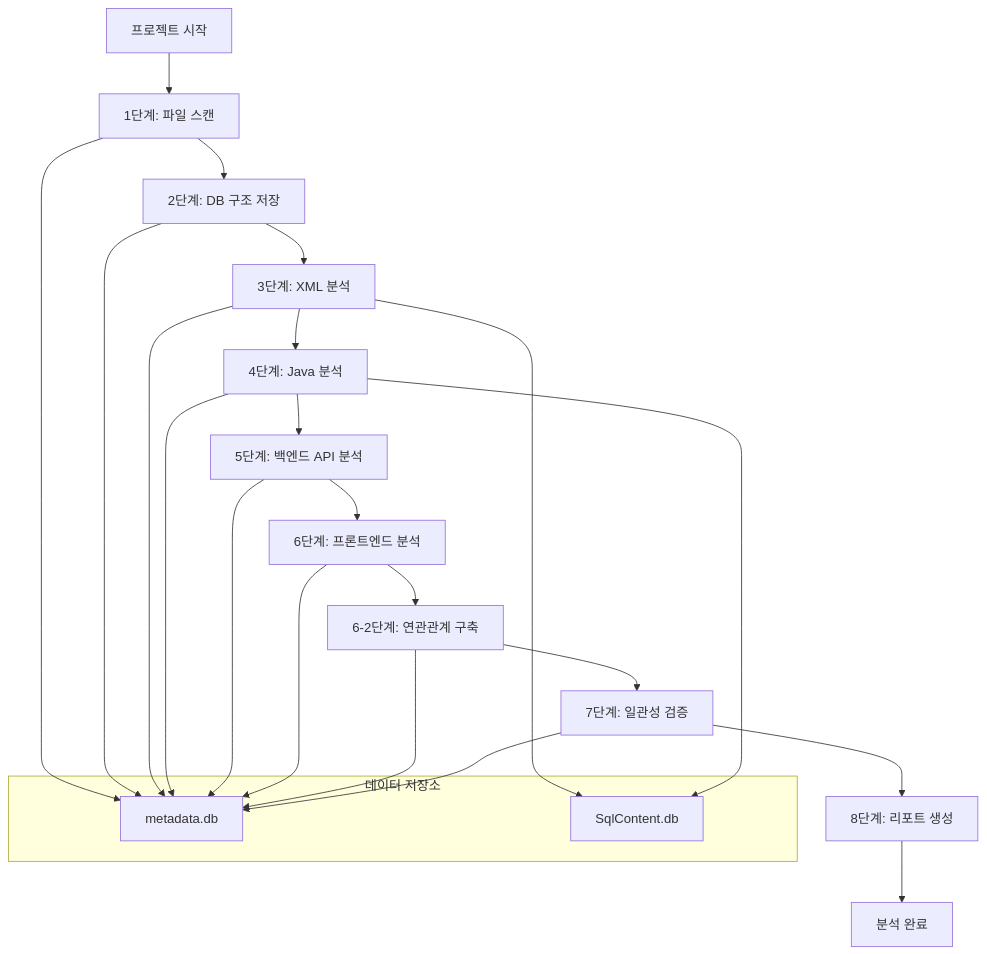
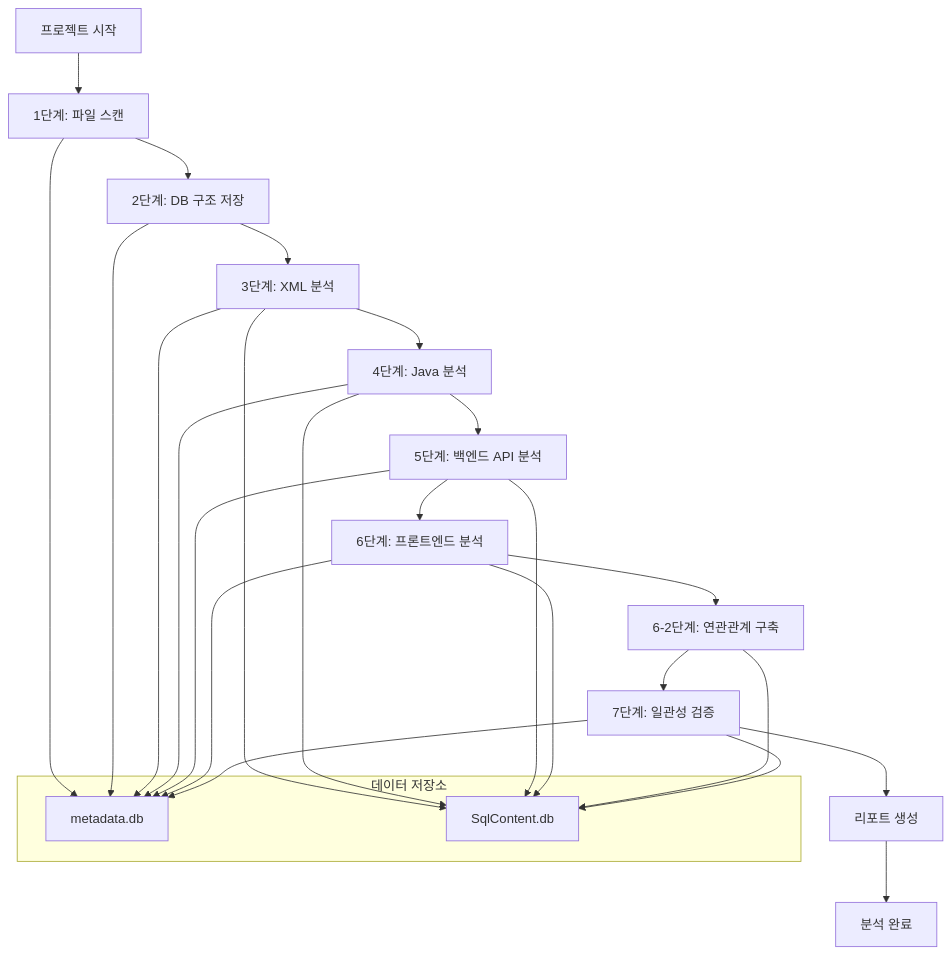
Before and after one commit to kumtaek/CreateMetaDb: the first of 4 diagrams in docs/01_시스템_요구사항_정의서.md, drawn with Mermaid. The commit also changed other lines of this file and 24 other files, not shown here.

````diff
--- a/docs/01_시스템_요구사항_정의서.md
+++ b/docs/01_시스템_요구사항_정의서.md
@@ -195,29 +15,32 @@
 ```mermaid
 flowchart TD
     A["프로젝트 시작"] --> B["1단계: 파일 스캔"]
     B --> C["2단계: DB 구조 저장"]
     C --> D["3단계: XML 분석"]
     D --> E["4단계: Java 분석"]
     E --> F["5단계: 백엔드 API 분석"]
     F --> G["6단계: 프론트엔드 분석"]
     G --> H["6-2단계: 연관관계 구축"]
     H --> I["7단계: 일관성 검증"]
-    I --> J["8단계: 리포트 생성"]
+    I --> J["리포트 생성"]
     J --> K["분석 완료"]
     
     subgraph "데이터 저장소"
         L["metadata.db"]
         M["SqlContent.db"]
     end
     
     B --> L
     C --> L
     D --> L
     D --> M
     E --> L
     E --> M
     F --> L
+    F --> M
     G --> L
-    H --> L
+    G --> M
+    H --> M
     I --> L
+    I --> M
 ```
````
